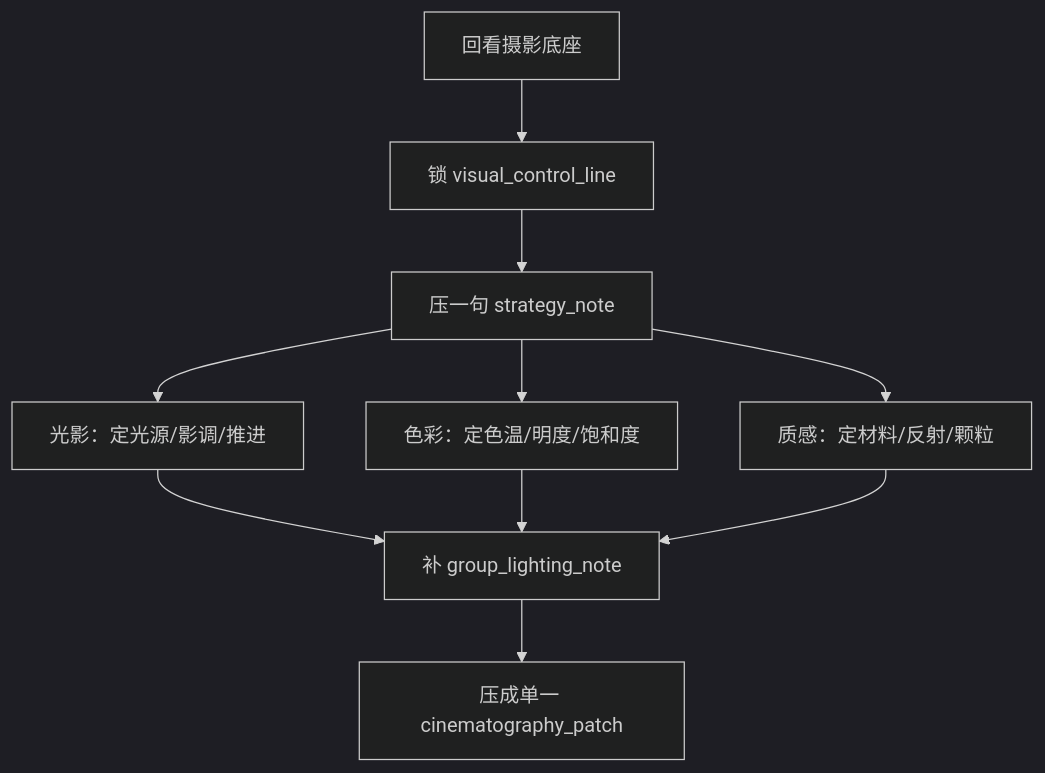
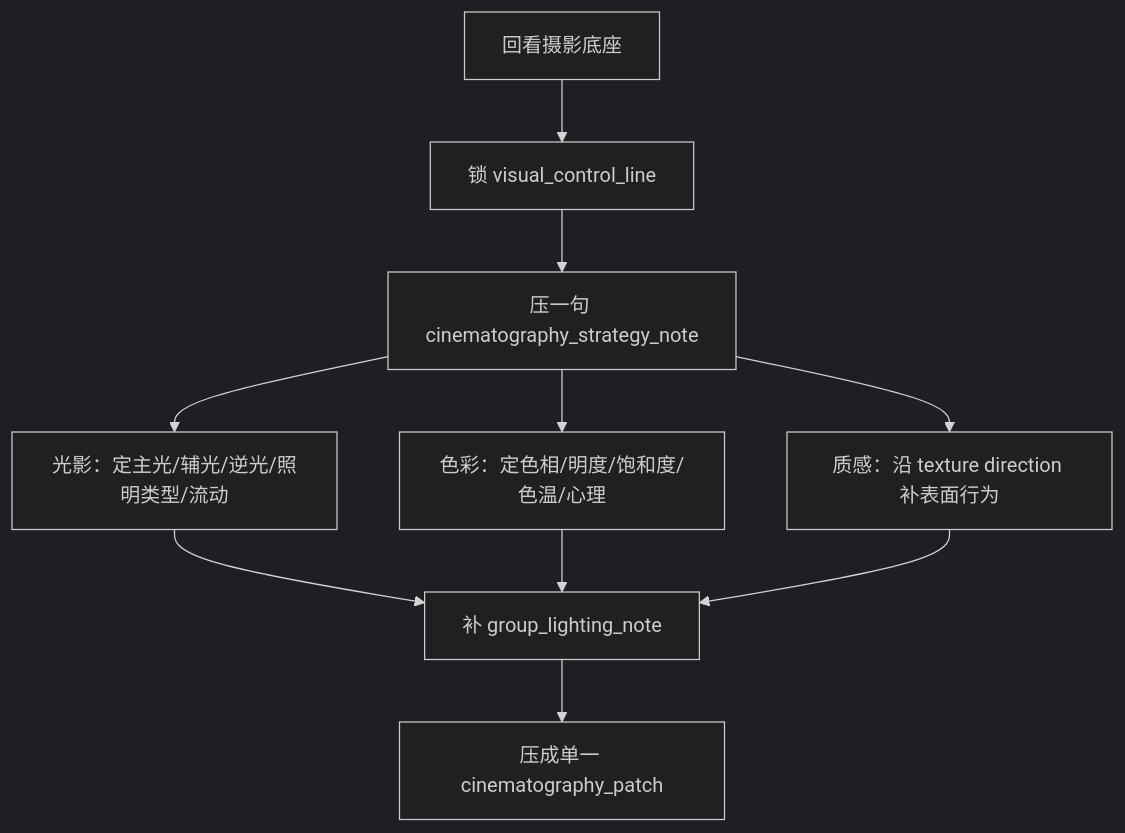
One commit to ZEN-VOID/AI-CUT changed the diagram in .agents/skills/aigc/3-Detail/2-镜花/references/2-摄影美学/module-guide.md. Above: the diagram before and after it, drawn with Mermaid (dark theme). The commit also changed other lines of this file and 162 other files, not shown here.

````diff
--- a/.agents/skills/aigc/3-Detail/2-镜花/references/2-摄影美学/module-guide.md
+++ b/.agents/skills/aigc/3-Detail/2-镜花/references/2-摄影美学/module-guide.md
@@ -26,12 +26,12 @@
 ```mermaid
 flowchart TD
     A["回看摄影底座"] --> B["锁 visual_control_line"]
-    B --> C["压一句 strategy_note"]
-    C --> D["光影：定光源/影调/推进"]
-    C --> E["色彩：定色温/明度/饱和度"]
-    C --> F["质感：定材料/反射/颗粒"]
+    B --> C["压一句 cinematography_strategy_note"]
+    C --> D["光影：定主光/辅光/逆光/照明类型/流动"]
+    C --> E["色彩：定色相/明度/饱和度/色温/心理"]
+    C --> F["质感：沿 texture direction 补表面行为"]
     D --> G["补 group_lighting_note"]
     E --> G
     F --> G
     G --> H["压成单一 cinematography_patch"]
 ```
````
